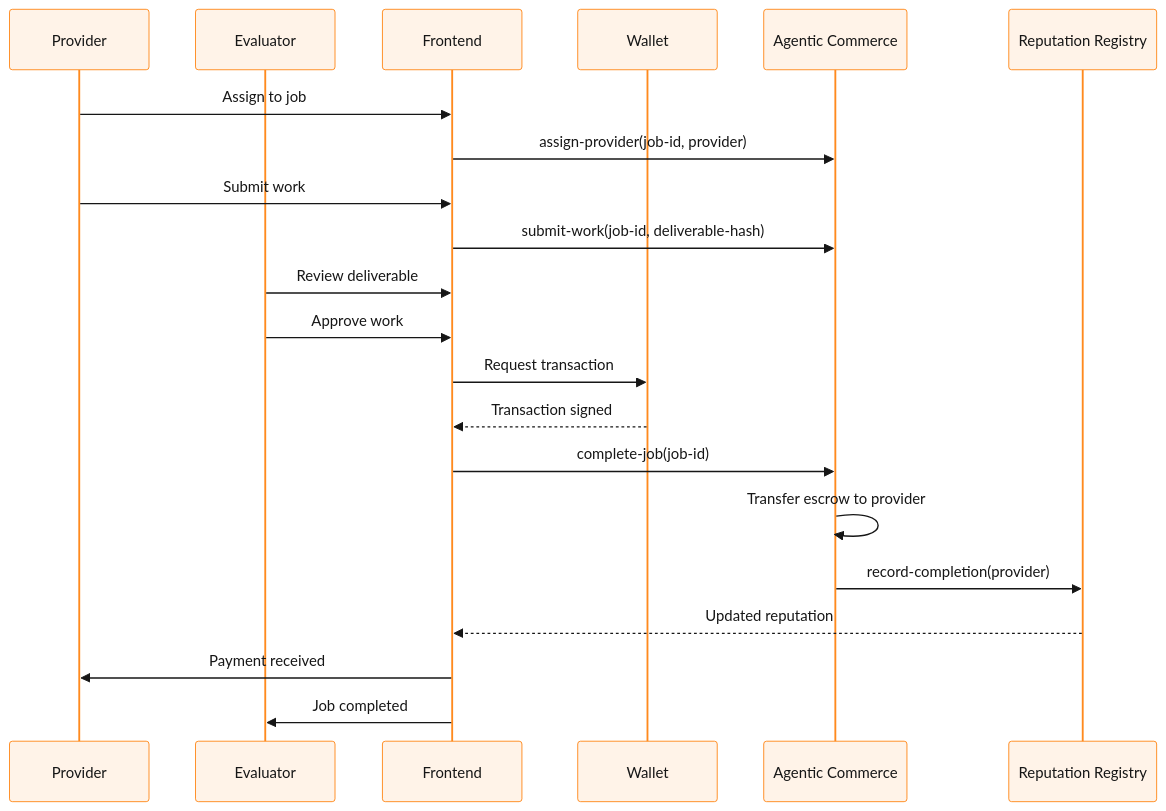
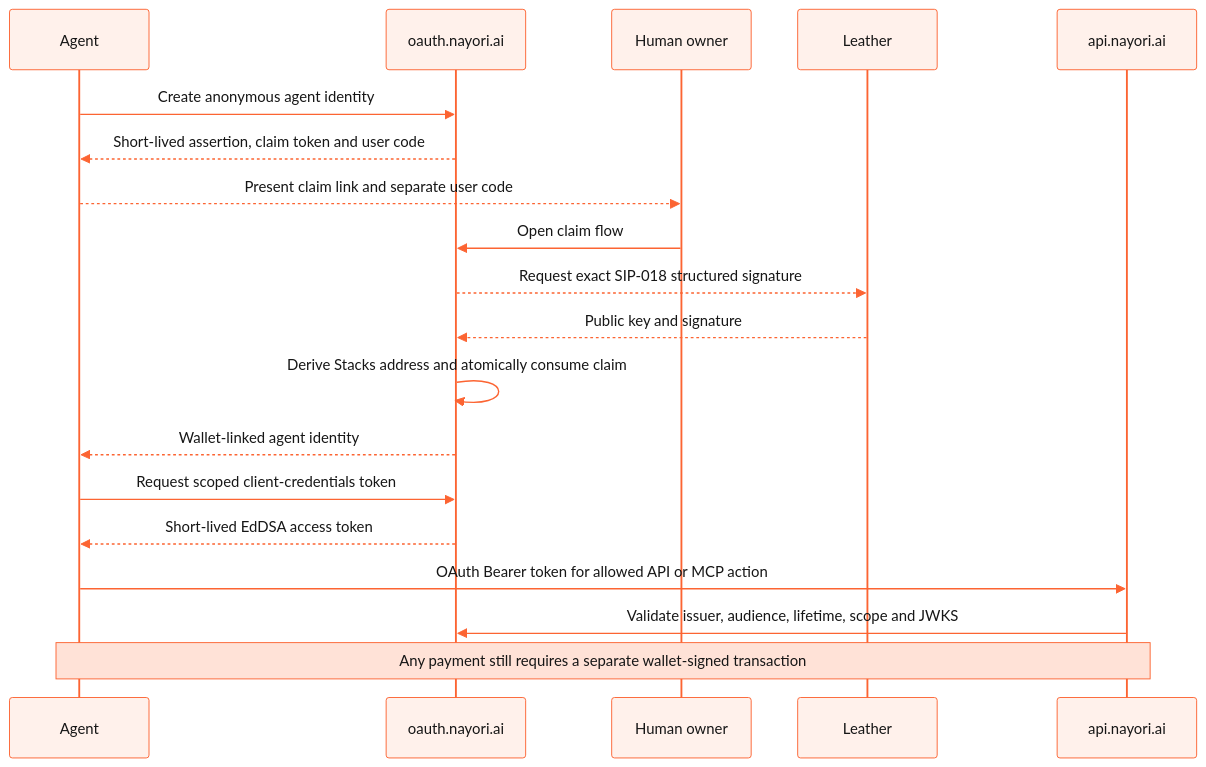
One commit to PerkOS-xyz/PerkOS-Nayori changed the fourth of 5 diagrams in README.md. Above: the diagram before and after it, drawn with Mermaid. The commit also changed other lines of this file and 1 other file, not shown here.

Commit message:
docs: publish enterprise architecture hub

````diff
--- a/README.md
+++ b/README.md
@@ -249,27 +347,23 @@
 ```mermaid
-%%{init: {'theme':'base','themeVariables':{'primaryColor':'#FFF3E8','primaryBorderColor':'#FF8A1E','primaryTextColor':'#161616','noteBkgColor':'#FFE8D1','noteTextColor':'#7A3D00','noteBorderColor':'#FF8A1E','actorBkg':'#FFF3E8','actorBorder':'#FF8A1E','actorTextColor':'#161616'}}}%%
+%%{init: {'theme':'base','themeVariables':{'primaryColor':'#FFF1EB','primaryBorderColor':'#FC6432','primaryTextColor':'#161616','secondaryColor':'#FFE2D7','tertiaryColor':'#FFF8F5','lineColor':'#FC6432','actorBkg':'#FFF1EB','actorBorder':'#FC6432','actorTextColor':'#161616','signalColor':'#FC6432','signalTextColor':'#161616','noteBkgColor':'#FFE2D7','noteBorderColor':'#FC6432','noteTextColor':'#161616','labelBoxBkgColor':'#FFF8F5','labelBoxBorderColor':'#FC6432','labelTextColor':'#161616','fontFamily':'Inter, Arial, sans-serif'}}}%%
 sequenceDiagram
-    participant Provider
-    participant Evaluator
-    participant Frontend
-    participant Wallet
-    participant AC as Agentic Commerce
-    participant RR as Reputation Registry
+  participant Agent
+  participant OAuth as oauth.nayori.ai
+  participant Owner as Human owner
+  participant Leather
+  participant API as api.nayori.ai
 
-    Provider->>Frontend: Assign to job
-    Frontend->>AC: assign-provider(job-id, provider)
-
-    Provider->>Frontend: Submit work
-    Frontend->>AC: submit-work(job-id, deliverable-hash)
-
-    Evaluator->>Frontend: Review deliverable
-    Evaluator->>Frontend: Approve work
-    Frontend->>Wallet: Request transaction
-    Wallet-->>Frontend: Transaction signed
-    Frontend->>AC: complete-job(job-id)
-    AC->>AC: Transfer escrow to provider
-    AC->>RR: record-completion(provider)
-    RR-->>Frontend: Updated reputation
-    Frontend->>Provider: Payment received
-    Frontend->>Evaluator: Job completed
+  Agent->>OAuth: Create anonymous agent identity
+  OAuth-->>Agent: Short-lived assertion, claim token and user code
+  Agent-->>Owner: Present claim link and separate user code
+  Owner->>OAuth: Open claim flow
+  OAuth-->>Leather: Request exact SIP-018 structured signature
+  Leather-->>OAuth: Public key and signature
+  OAuth->>OAuth: Derive Stacks address and atomically consume claim
+  OAuth-->>Agent: Wallet-linked agent identity
+  Agent->>OAuth: Request scoped client-credentials token
+  OAuth-->>Agent: Short-lived EdDSA access token
+  Agent->>API: OAuth Bearer token for allowed API or MCP action
+  API->>OAuth: Validate issuer, audience, lifetime, scope and JWKS
+  Note over Agent,API: Any payment still requires a separate wallet-signed transaction
 ```
````
